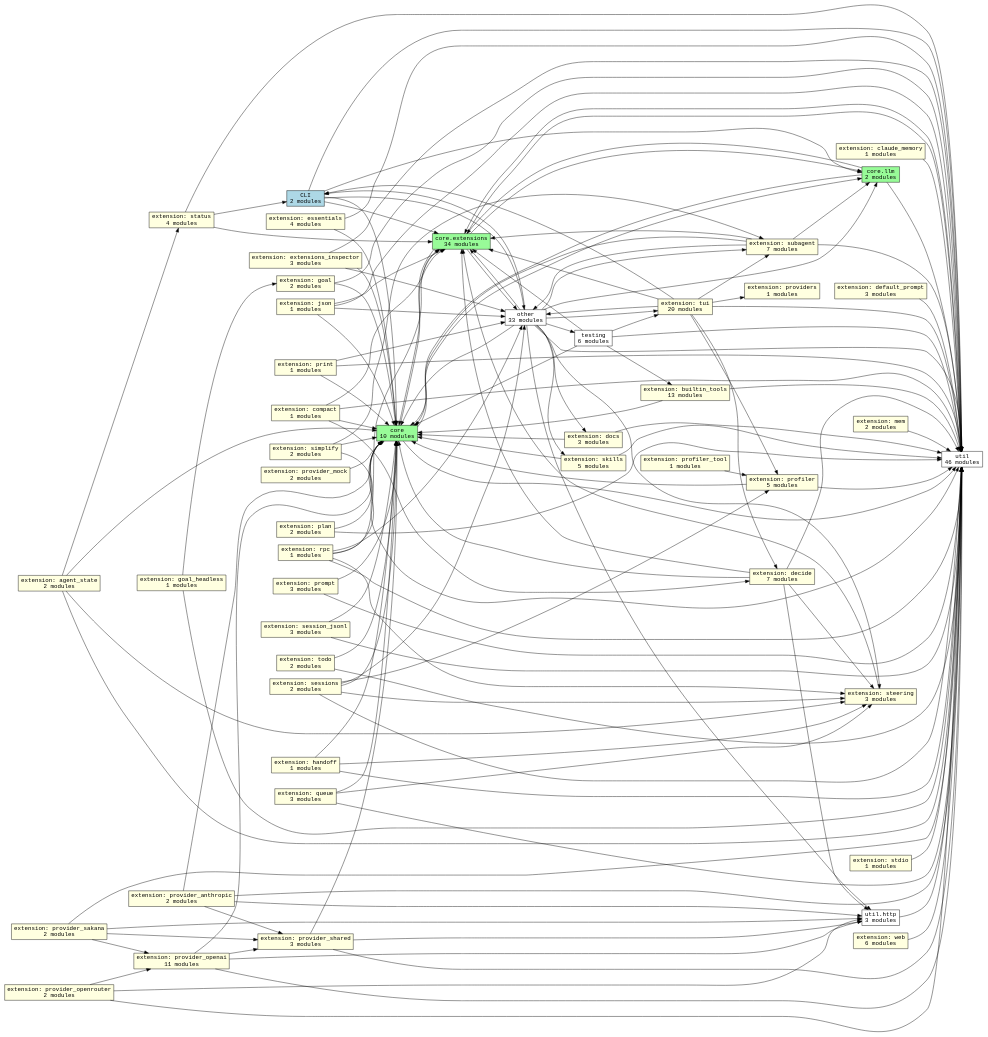
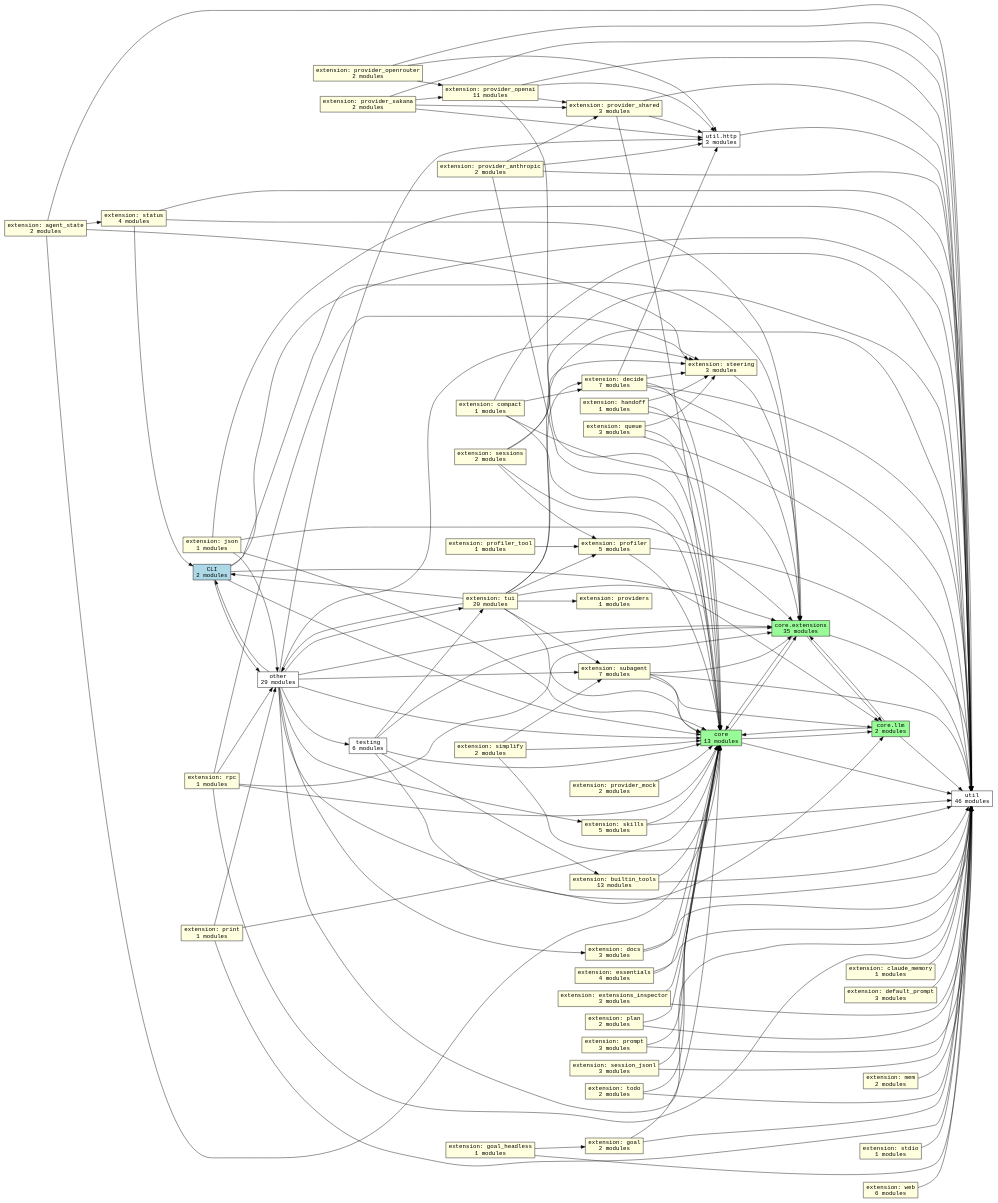
One commit to acmiyaguchi/fen changed the diagram in docs/graphs/subsystems.dot. Above: the diagram before and after it, drawn with Graphviz. The commit also changed 45 other files, not shown here.

```diff
--- a/docs/graphs/subsystems.dot
+++ b/docs/graphs/subsystems.dot
@@ -1,192 +1,188 @@
 digraph fen_subsystems {
   graph [rankdir=LR];
   node [shape=box, fontname="monospace"];
   edge [fontname="monospace"];
   "cli" [fillcolor="lightblue", label="CLI\n2 modules", style="filled"];
-  "core" [fillcolor="palegreen", label="core\n10 modules", style="filled"];
-  "core.extensions" [fillcolor="palegreen", label="core.extensions\n34 modules", style="filled"];
+  "core" [fillcolor="palegreen", label="core\n13 modules", style="filled"];
+  "core.extensions" [fillcolor="palegreen", label="core.extensions\n35 modules", style="filled"];
   "core.llm" [fillcolor="palegreen", label="core.llm\n2 modules", style="filled"];
   "extension.agent_state" [fillcolor="lightyellow", label="extension: agent_state\n2 modules", style="filled"];
   "extension.builtin_tools" [fillcolor="lightyellow", label="extension: builtin_tools\n13 modules", style="filled"];
   "extension.claude_memory" [fillcolor="lightyellow", label="extension: claude_memory\n1 modules", style="filled"];
   "extension.compact" [fillcolor="lightyellow", label="extension: compact\n1 modules", style="filled"];
   "extension.decide" [fillcolor="lightyellow", label="extension: decide\n7 modules", style="filled"];
   "extension.default_prompt" [fillcolor="lightyellow", label="extension: default_prompt\n3 modules", style="filled"];
   "extension.docs" [fillcolor="lightyellow", label="extension: docs\n3 modules", style="filled"];
   "extension.essentials" [fillcolor="lightyellow", label="extension: essentials\n4 modules", style="filled"];
   "extension.extensions_inspector" [fillcolor="lightyellow", label="extension: extensions_inspector\n3 modules", style="filled"];
   "extension.goal" [fillcolor="lightyellow", label="extension: goal\n2 modules", style="filled"];
   "extension.goal_headless" [fillcolor="lightyellow", label="extension: goal_headless\n1 modules", style="filled"];
   "extension.handoff" [fillcolor="lightyellow", label="extension: handoff\n1 modules", style="filled"];
   "extension.json" [fillcolor="lightyellow", label="extension: json\n1 modules", style="filled"];
   "extension.mem" [fillcolor="lightyellow", label="extension: mem\n2 modules", style="filled"];
   "extension.plan" [fillcolor="lightyellow", label="extension: plan\n2 modules", style="filled"];
   "extension.print" [fillcolor="lightyellow", label="extension: print\n1 modules", style="filled"];
   "extension.profiler" [fillcolor="lightyellow", label="extension: profiler\n5 modules", style="filled"];
   "extension.profiler_tool" [fillcolor="lightyellow", label="extension: profiler_tool\n1 modules", style="filled"];
   "extension.prompt" [fillcolor="lightyellow", label="extension: prompt\n3 modules", style="filled"];
   "extension.provider_anthropic" [fillcolor="lightyellow", label="extension: provider_anthropic\n2 modules", style="filled"];
   "extension.provider_mock" [fillcolor="lightyellow", label="extension: provider_mock\n2 modules", style="filled"];
   "extension.provider_openai" [fillcolor="lightyellow", label="extension: provider_openai\n11 modules", style="filled"];
   "extension.provider_openrouter" [fillcolor="lightyellow", label="extension: provider_openrouter\n2 modules", style="filled"];
   "extension.provider_sakana" [fillcolor="lightyellow", label="extension: provider_sakana\n2 modules", style="filled"];
   "extension.provider_shared" [fillcolor="lightyellow", label="extension: provider_shared\n3 modules", style="filled"];
   "extension.providers" [fillcolor="lightyellow", label="extension: providers\n1 modules", style="filled"];
   "extension.queue" [fillcolor="lightyellow", label="extension: queue\n3 modules", style="filled"];
   "extension.rpc" [fillcolor="lightyellow", label="extension: rpc\n1 modules", style="filled"];
   "extension.session_jsonl" [fillcolor="lightyellow", label="extension: session_jsonl\n3 modules", style="filled"];
   "extension.sessions" [fillcolor="lightyellow", label="extension: sessions\n2 modules", style="filled"];
   "extension.simplify" [fillcolor="lightyellow", label="extension: simplify\n2 modules", style="filled"];
   "extension.skills" [fillcolor="lightyellow", label="extension: skills\n5 modules", style="filled"];
   "extension.status" [fillcolor="lightyellow", label="extension: status\n4 modules", style="filled"];
   "extension.stdio" [fillcolor="lightyellow", label="extension: stdio\n1 modules", style="filled"];
   "extension.steering" [fillcolor="lightyellow", label="extension: steering\n3 modules", style="filled"];
   "extension.subagent" [fillcolor="lightyellow", label="extension: subagent\n7 modules", style="filled"];
   "extension.todo" [fillcolor="lightyellow", label="extension: todo\n2 modules", style="filled"];
   "extension.tui" [fillcolor="lightyellow", label="extension: tui\n20 modules", style="filled"];
   "extension.web" [fillcolor="lightyellow", label="extension: web\n6 modules", style="filled"];
-  "other" [fillcolor="white", label="other\n33 modules", style="filled"];
+  "other" [fillcolor="white", label="other\n29 modules", style="filled"];
   "testing" [fillcolor="white", label="testing\n6 modules", style="filled"];
   "util" [fillcolor="white", label="util\n46 modules", style="filled"];
   "util.http" [fillcolor="white", label="util.http\n3 modules", style="filled"];
   "cli" -> "core";
   "cli" -> "core.extensions";
   "cli" -> "core.llm";
   "cli" -> "other";
   "cli" -> "util";
   "core" -> "core.extensions";
   "core" -> "core.llm";
   "core" -> "util";
   "core.extensions" -> "core";
   "core.extensions" -> "core.llm";
-  "core.extensions" -> "other";
   "core.extensions" -> "util";
   "core.llm" -> "core";
   "core.llm" -> "core.extensions";
   "core.llm" -> "util";
   "extension.agent_state" -> "core";
   "extension.agent_state" -> "extension.status";
   "extension.agent_state" -> "extension.steering";
   "extension.agent_state" -> "util";
   "extension.builtin_tools" -> "core";
   "extension.builtin_tools" -> "util";
   "extension.claude_memory" -> "util";
   "extension.compact" -> "core";
   "extension.compact" -> "core.extensions";
   "extension.compact" -> "extension.decide";
   "extension.compact" -> "util";
   "extension.decide" -> "core";
   "extension.decide" -> "core.extensions";
   "extension.decide" -> "extension.steering";
   "extension.decide" -> "util";
   "extension.decide" -> "util.http";
   "extension.default_prompt" -> "util";
   "extension.docs" -> "core";
   "extension.docs" -> "util";
   "extension.essentials" -> "core";
   "extension.essentials" -> "util";
   "extension.extensions_inspector" -> "core";
-  "extension.extensions_inspector" -> "other";
   "extension.extensions_inspector" -> "util";
   "extension.goal" -> "core";
   "extension.goal" -> "util";
   "extension.goal_headless" -> "extension.goal";
   "extension.goal_headless" -> "util";
   "extension.handoff" -> "core";
   "extension.handoff" -> "extension.steering";
   "extension.handoff" -> "util";
   "extension.json" -> "core";
   "extension.json" -> "core.extensions";
   "extension.json" -> "other";
   "extension.json" -> "util";
   "extension.mem" -> "util";
   "extension.plan" -> "core";
   "extension.plan" -> "util";
   "extension.print" -> "core";
   "extension.print" -> "other";
   "extension.print" -> "util";
   "extension.profiler" -> "core";
   "extension.profiler" -> "util";
   "extension.profiler_tool" -> "extension.profiler";
   "extension.prompt" -> "core";
   "extension.prompt" -> "util";
   "extension.provider_anthropic" -> "core";
   "extension.provider_anthropic" -> "extension.provider_shared";
   "extension.provider_anthropic" -> "util";
   "extension.provider_anthropic" -> "util.http";
   "extension.provider_mock" -> "core";
   "extension.provider_openai" -> "core";
   "extension.provider_openai" -> "extension.provider_shared";
   "extension.provider_openai" -> "util";
   "extension.provider_openai" -> "util.http";
   "extension.provider_openrouter" -> "extension.provider_openai";
   "extension.provider_openrouter" -> "util";
   "extension.provider_openrouter" -> "util.http";
   "extension.provider_sakana" -> "extension.provider_openai";
   "extension.provider_sakana" -> "extension.provider_shared";
   "extension.provider_sakana" -> "util";
   "extension.provider_sakana" -> "util.http";
   "extension.provider_shared" -> "core";
   "extension.provider_shared" -> "util";
   "extension.provider_shared" -> "util.http";
   "extension.queue" -> "core";
   "extension.queue" -> "extension.steering";
   "extension.queue" -> "util";
   "extension.rpc" -> "core";
   "extension.rpc" -> "core.extensions";
   "extension.rpc" -> "extension.steering";
   "extension.rpc" -> "other";
   "extension.rpc" -> "util";
   "extension.session_jsonl" -> "core";
   "extension.session_jsonl" -> "util";
   "extension.sessions" -> "core";
   "extension.sessions" -> "extension.profiler";
   "extension.sessions" -> "extension.steering";
-  "extension.sessions" -> "other";
   "extension.sessions" -> "util";
   "extension.simplify" -> "core";
   "extension.simplify" -> "extension.subagent";
   "extension.simplify" -> "util";
   "extension.skills" -> "core";
   "extension.skills" -> "util";
   "extension.status" -> "cli";
   "extension.status" -> "core.extensions";
   "extension.status" -> "util";
   "extension.stdio" -> "util";
   "extension.steering" -> "core.extensions";
   "extension.subagent" -> "core";
   "extension.subagent" -> "core.extensions";
   "extension.subagent" -> "core.llm";
-  "extension.subagent" -> "other";
   "extension.subagent" -> "util";
   "extension.todo" -> "core";
   "extension.todo" -> "util";
   "extension.tui" -> "cli";
+  "extension.tui" -> "core";
   "extension.tui" -> "core.extensions";
   "extension.tui" -> "extension.decide";
   "extension.tui" -> "extension.profiler";
   "extension.tui" -> "extension.providers";
   "extension.tui" -> "extension.subagent";
   "extension.tui" -> "other";
   "extension.tui" -> "util";
   "extension.web" -> "util";
   "other" -> "cli";
   "other" -> "core";
   "other" -> "core.extensions";
   "other" -> "core.llm";
   "other" -> "extension.docs";
   "other" -> "extension.skills";
   "other" -> "extension.steering";
   "other" -> "extension.subagent";
   "other" -> "extension.tui";
   "other" -> "testing";
   "other" -> "util";
   "other" -> "util.http";
   "testing" -> "core";
   "testing" -> "core.extensions";
   "testing" -> "extension.builtin_tools";
   "testing" -> "extension.tui";
   "testing" -> "util";
-  "util" -> "core.extensions";
   "util.http" -> "util";
 }
```
